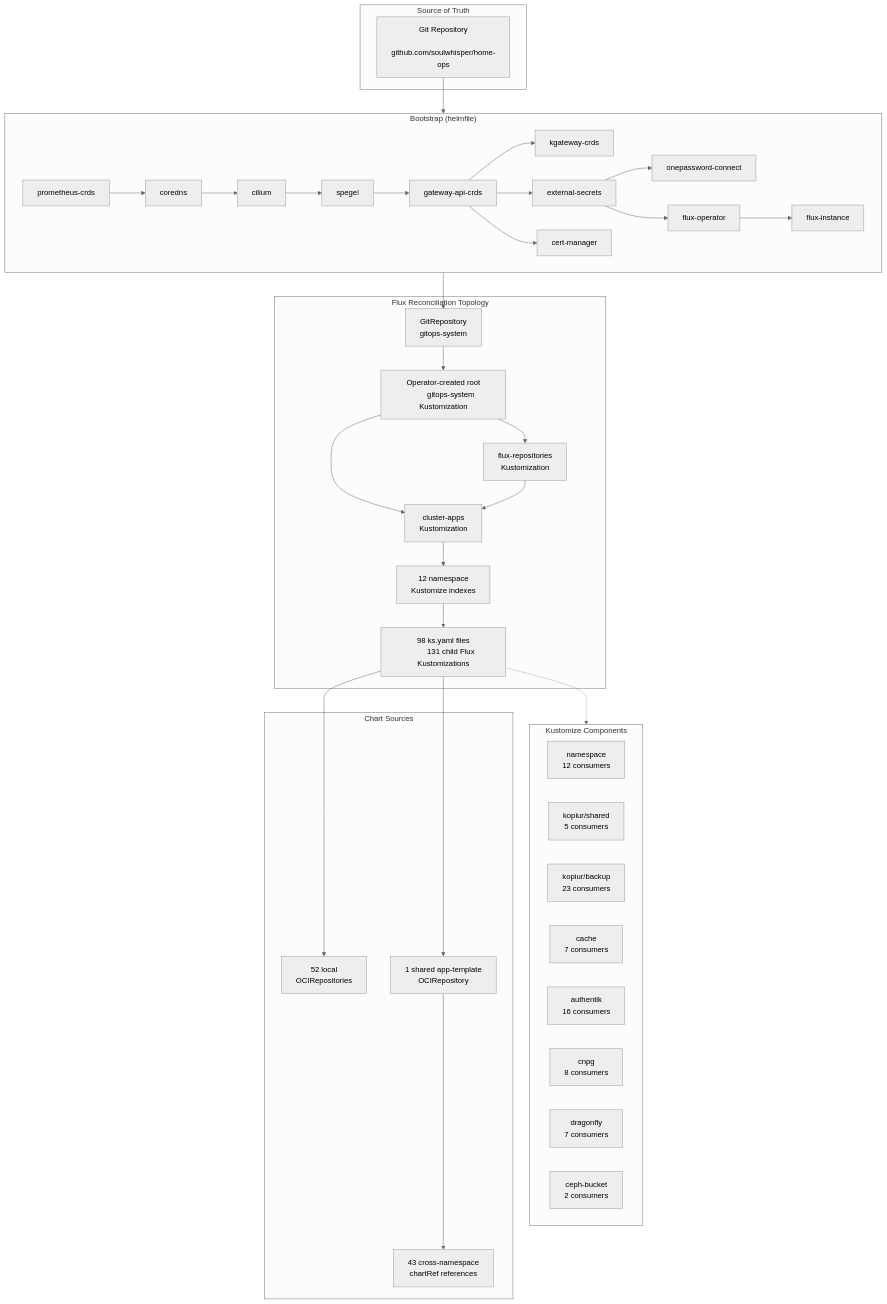
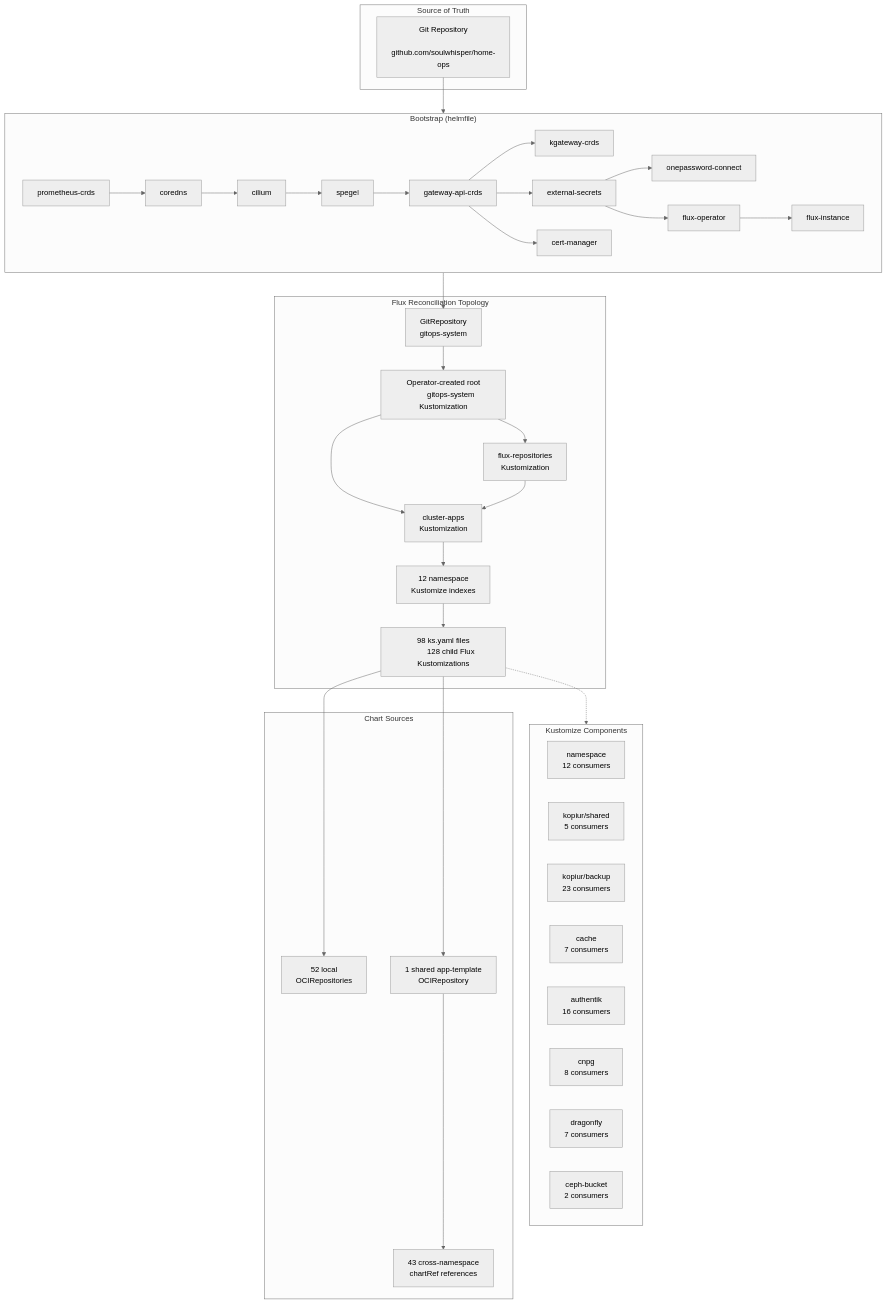
Before and after one commit to soulwhisper/home-ops: the diagram in docs/infrastructure/kubernetes.md, drawn with Mermaid (neutral theme). The commit also changed other lines of this file and 19 other files, not shown here.

````diff
--- a/docs/infrastructure/kubernetes.md
+++ b/docs/infrastructure/kubernetes.md
@@ -12,71 +12,71 @@
 ```mermaid
 flowchart TB
     subgraph Source["Source of Truth"]
         GIT["Git Repository
         github.com/soulwhisper/home-ops"]
     end
 
     subgraph Bootstrap["Bootstrap (helmfile)"]
         direction LR
         B1["prometheus-crds"] --> B2["coredns"]
         B2 --> B3["cilium"]
         B3 --> B4["spegel"]
         B4 --> B5["gateway-api-crds"]
         B5 --> B6["kgateway-crds"]
         B5 --> B7["external-secrets"]
         B5 --> B8["cert-manager"]
         B7 --> B9["onepassword-connect"]
         B7 --> B11["flux-operator"]
         B11 --> B12["flux-instance"]
     end
 
     subgraph FluxTopo["Flux Reconciliation Topology"]
         GR["GitRepository
         gitops-system"] --> ROOT["Operator-created root
         gitops-system Kustomization"]
         ROOT --> FR["flux-repositories
         Kustomization"]
         ROOT --> CA["cluster-apps
         Kustomization"]
         FR --> CA
         CA --> NS["12 namespace
         Kustomize indexes"]
         NS --> APPS["98 ks.yaml files
-        131 child Flux Kustomizations"]
+        128 child Flux Kustomizations"]
     end
 
     subgraph Components["Kustomize Components"]
         NS_COMP["namespace
         12 consumers"]
         KOPIUR_SECRET["kopiur/shared
         5 consumers"]
         KOPIUR_BACKUP["kopiur/backup
         23 consumers"]
         CACHE["cache
         7 consumers"]
         AUTHENTIK["authentik
         16 consumers"]
         CNPG["cnpg
         8 consumers"]
         DRAGONFLY["dragonfly
         7 consumers"]
         CEPH["ceph-bucket
         2 consumers"]
     end
 
     subgraph Charts["Chart Sources"]
         OCI_OWN["52 local
         OCIRepositories"]
         OCI_TPL["1 shared app-template
         OCIRepository"]
         CROSS["43 cross-namespace
         chartRef references"]
     end
 
     GIT --> Bootstrap
     Bootstrap --> GR
     APPS -.-> Components
     APPS --> OCI_OWN
     APPS --> OCI_TPL
     OCI_TPL --> CROSS
 ```
````
